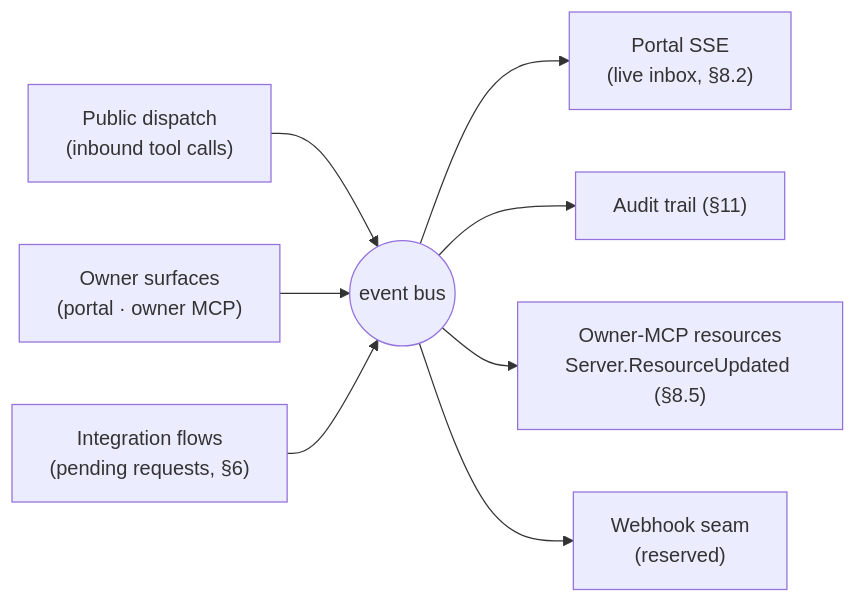
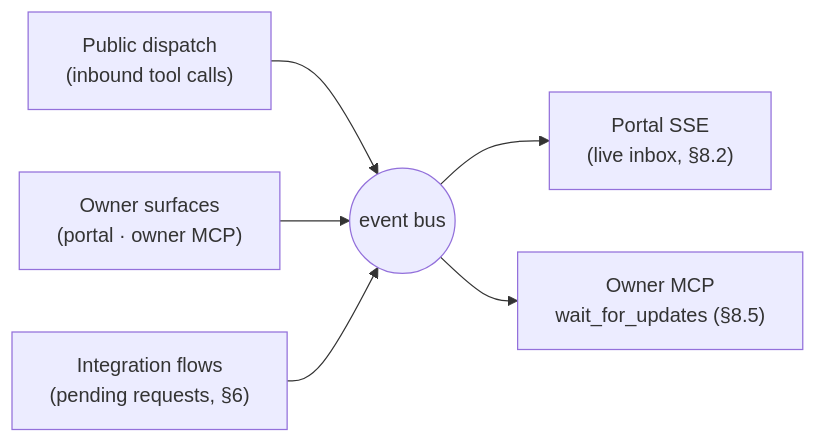
The fifth of 8 diagrams in SPEC.md (humandelegatedtrustprotocol/hdtp-gateway), drawn with Mermaid before and after one commit. The commit also changed other lines of this file and 28 other files, not shown here.

````diff
--- a/SPEC.md
+++ b/SPEC.md
@@ -732,10 +732,8 @@
 ```mermaid
 flowchart LR
     PD["Public dispatch<br/>(inbound tool calls)"] --> BUS(("event bus"))
     OS["Owner surfaces<br/>(portal · owner MCP)"] --> BUS
     IF["Integration flows<br/>(pending requests, §6)"] --> BUS
     BUS --> SSE["Portal SSE<br/>(live inbox, §8.2)"]
-    BUS --> AUD["Audit trail (§11)"]
-    BUS --> RES["Owner-MCP resources<br/>Server.ResourceUpdated (§8.5)"]
-    BUS --> WH["Webhook seam<br/>(reserved)"]
+    BUS --> RES["Owner MCP<br/>wait_for_updates (§8.5)"]
 ```
````
